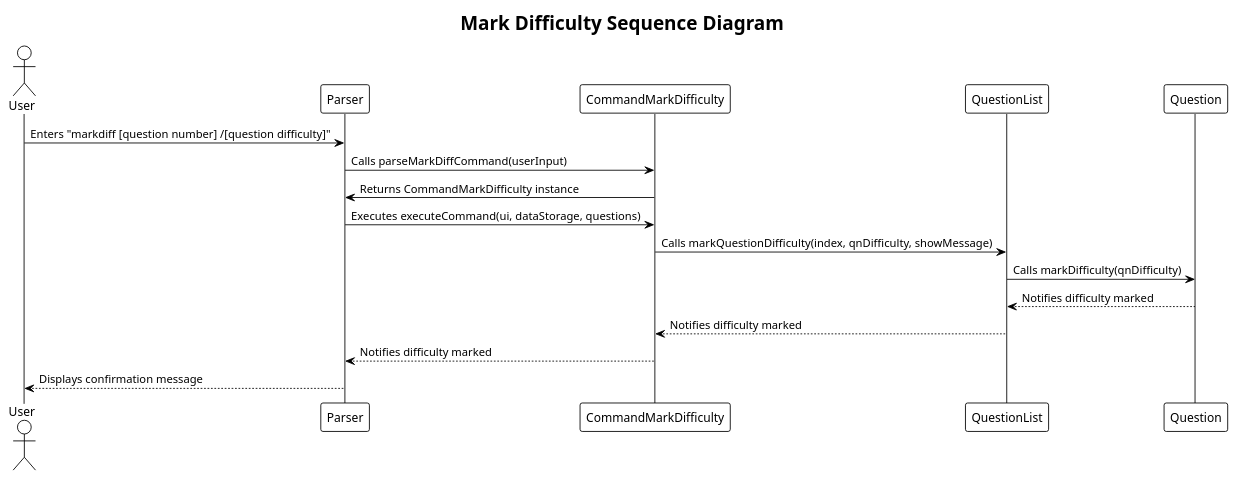
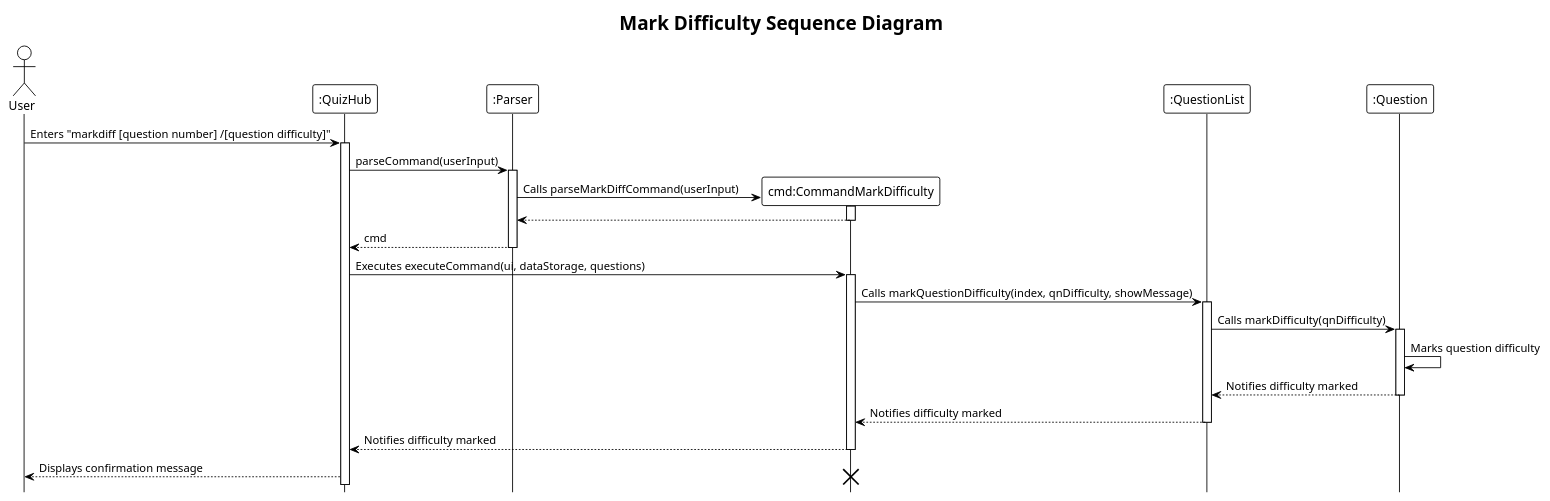
Before and after one commit to nus-cs2113-AY2324S1/tp: the diagram in docs/UML/Commands/commandMarkDiff.puml, drawn with PlantUML. The commit also changed 1 other file, not shown here.

Commit message:
Update DG Command Markdiff sequence diagram

```diff
--- a/docs/UML/Commands/commandMarkDiff.puml
+++ b/docs/UML/Commands/commandMarkDiff.puml
@@ -1,22 +1,40 @@
 @startuml
 !theme plain
+hide footbox
+title Mark Difficulty Sequence Diagram
 
-title Mark Difficulty Sequence Diagram
 actor User
-participant Parser
-participant CommandMarkDifficulty
-participant QuestionList
-participant Question
+participant QuizHub as ":QuizHub"
+participant Parser as ":Parser"
+participant CommandMarkDifficulty as "cmd:CommandMarkDifficulty"
+participant QuestionList as ":QuestionList"
+participant Question as ":Question"
 
-User -> Parser: Enters "markdiff [question number] /[question difficulty]"
+User -> QuizHub: Enters "markdiff [question number] /[question difficulty]"
+activate QuizHub
+QuizHub -> Parser : parseCommand(userInput)
+activate Parser
+create CommandMarkDifficulty
 Parser -> CommandMarkDifficulty: Calls parseMarkDiffCommand(userInput)
-CommandMarkDifficulty -> Parser: Returns CommandMarkDifficulty instance
-Parser -> CommandMarkDifficulty: Executes executeCommand(ui, dataStorage, questions)
+activate CommandMarkDifficulty
+CommandMarkDifficulty --> Parser
+deactivate CommandMarkDifficulty
+Parser --> QuizHub : cmd
+deactivate Parser
+QuizHub -> CommandMarkDifficulty: Executes executeCommand(ui, dataStorage, questions)
+activate CommandMarkDifficulty
 CommandMarkDifficulty -> QuestionList: Calls markQuestionDifficulty(index, qnDifficulty, showMessage)
+activate QuestionList
 QuestionList -> Question: Calls markDifficulty(qnDifficulty)
+activate Question
+Question -> Question: Marks question difficulty
 Question --> QuestionList: Notifies difficulty marked
+deactivate Question
 QuestionList --> CommandMarkDifficulty: Notifies difficulty marked
-CommandMarkDifficulty --> Parser: Notifies difficulty marked
-Parser --> User: Displays confirmation message
+deactivate QuestionList
+CommandMarkDifficulty --> QuizHub: Notifies difficulty marked
+deactivate CommandMarkDifficulty
+QuizHub --> User: Displays confirmation message
+destroy CommandMarkDifficulty
 
 @enduml
```
